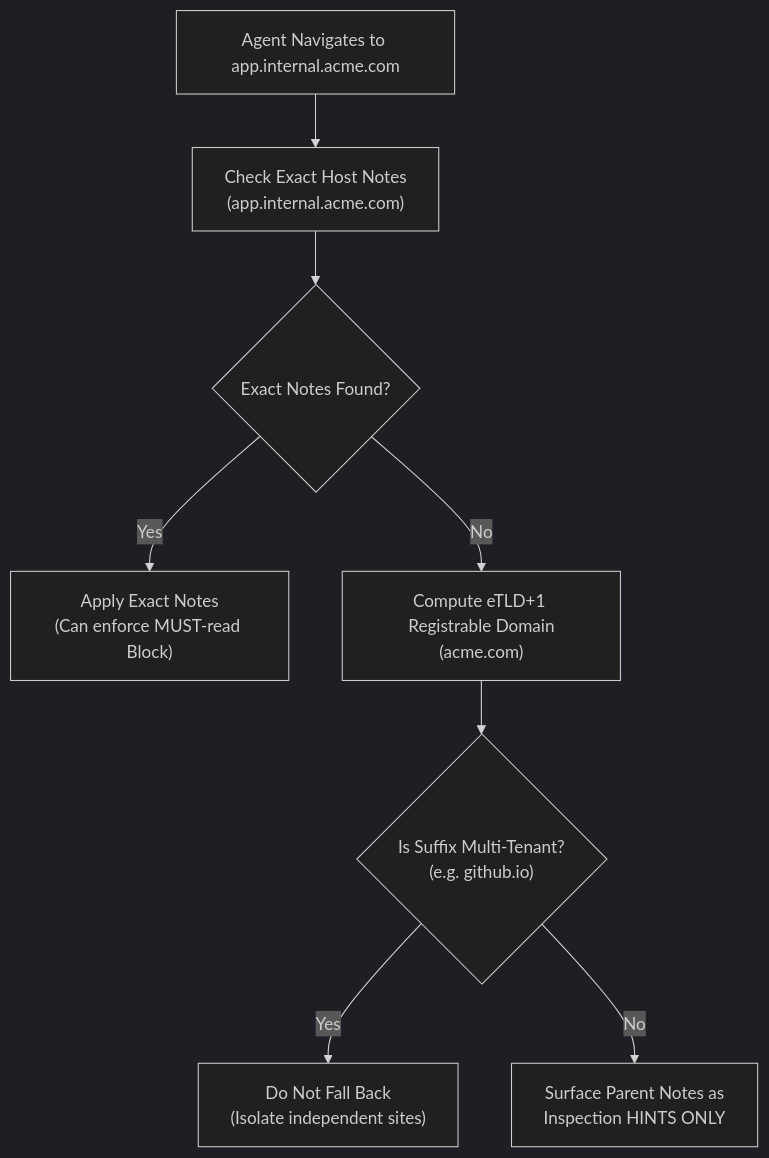
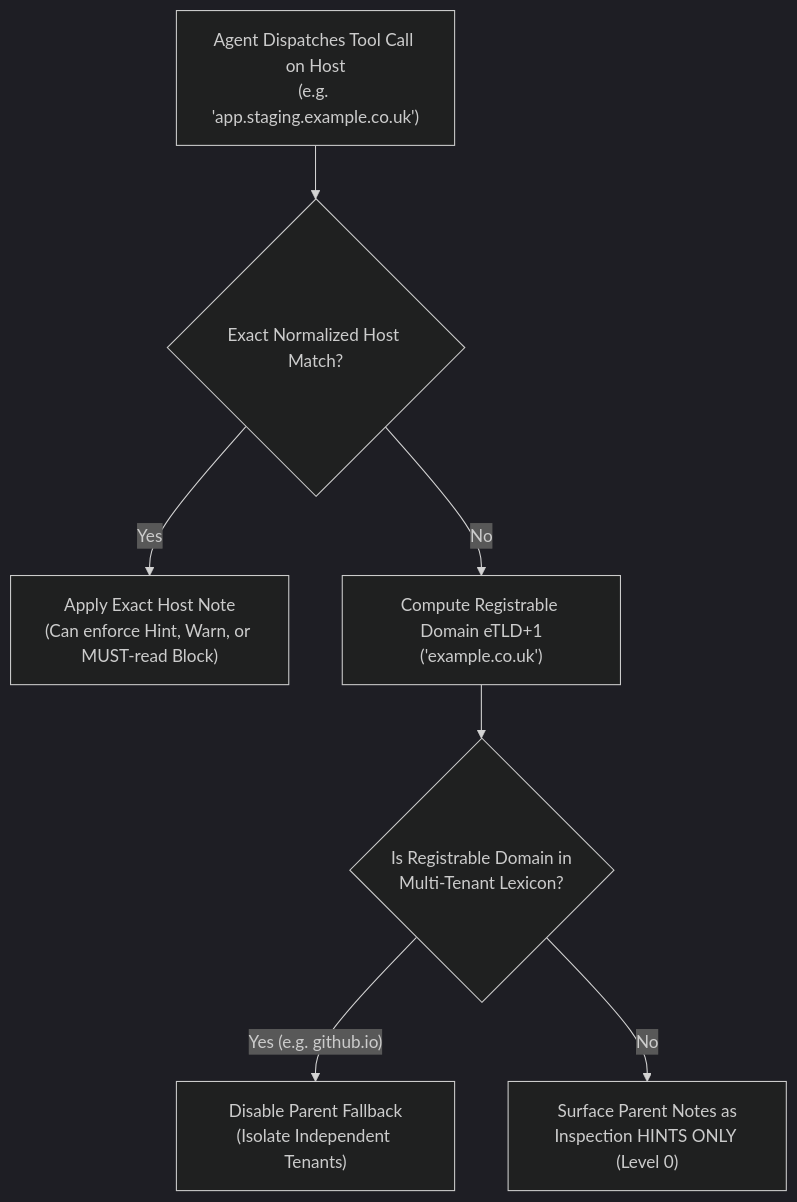
Before and after one commit to joelaniol/nova: the second of 7 diagrams in docs/core-features/learning/domain-notes/scoping-normalization-and-repeat-policies.md, drawn with Mermaid (dark theme). The commit also changed other lines of this file and 3 other files, not shown here.

Commit message:
docs(domain-notes): deepen multi-tenant lexicon, sandbox binding protocol, and ack cache internals

````diff
--- a/docs/core-features/learning/domain-notes/scoping-normalization-and-repeat-policies.md
+++ b/docs/core-features/learning/domain-notes/scoping-normalization-and-repeat-policies.md
@@ -36,18 +38,18 @@
 ```mermaid
 flowchart TD
-    Visit["Agent Navigates to app.internal.acme.com"]
-    ExactLookup["Check Exact Host Notes<br/>(app.internal.acme.com)"]
-    HasExact{"Exact Notes Found?"}
+    Visit["Agent Dispatches Tool Call on Host<br/>(e.g. 'app.staging.example.co.uk')"]
+    ExactLookup{"Exact Normalized Host Match?"}
     
-    ApplyExact["Apply Exact Notes<br/>(Can enforce MUST-read Block)"]
-    FallbackLookup["Compute eTLD+1 Registrable Domain<br/>(acme.com)"]
-    MultiTenant{"Is Suffix Multi-Tenant?<br/>(e.g. github.io)"}
-    BlockMulti["Do Not Fall Back<br/>(Isolate independent sites)"]
-    ApplyParentHints["Surface Parent Notes as<br/>Inspection HINTS ONLY"]
-
-    Visit --> ExactLookup --> HasExact
-    HasExact -- Yes --> ApplyExact
-    HasExact -- No --> FallbackLookup --> MultiTenant
-    MultiTenant -- Yes --> BlockMulti
-    MultiTenant -- No --> ApplyParentHints
+    ExactEnforce["Apply Exact Host Note<br/>(Can enforce Hint, Warn, or MUST-read Block)"]
+    FallbackLookup["Compute Registrable Domain eTLD+1<br/>('example.co.uk')"]
+    LexiconCheck{"Is Registrable Domain in<br/>Multi-Tenant Lexicon?"}
+    
+    BlockFallback["Disable Parent Fallback<br/>(Isolate Independent Tenants)"]
+    AllowHint["Surface Parent Notes as<br/>Inspection HINTS ONLY (Level 0)"]
+    
+    Visit --> ExactLookup
+    ExactLookup -- Yes --> ExactEnforce
+    ExactLookup -- No --> FallbackLookup --> LexiconCheck
+    LexiconCheck -- Yes (e.g. github.io) --> BlockFallback
+    LexiconCheck -- No --> AllowHint
 ```
````
